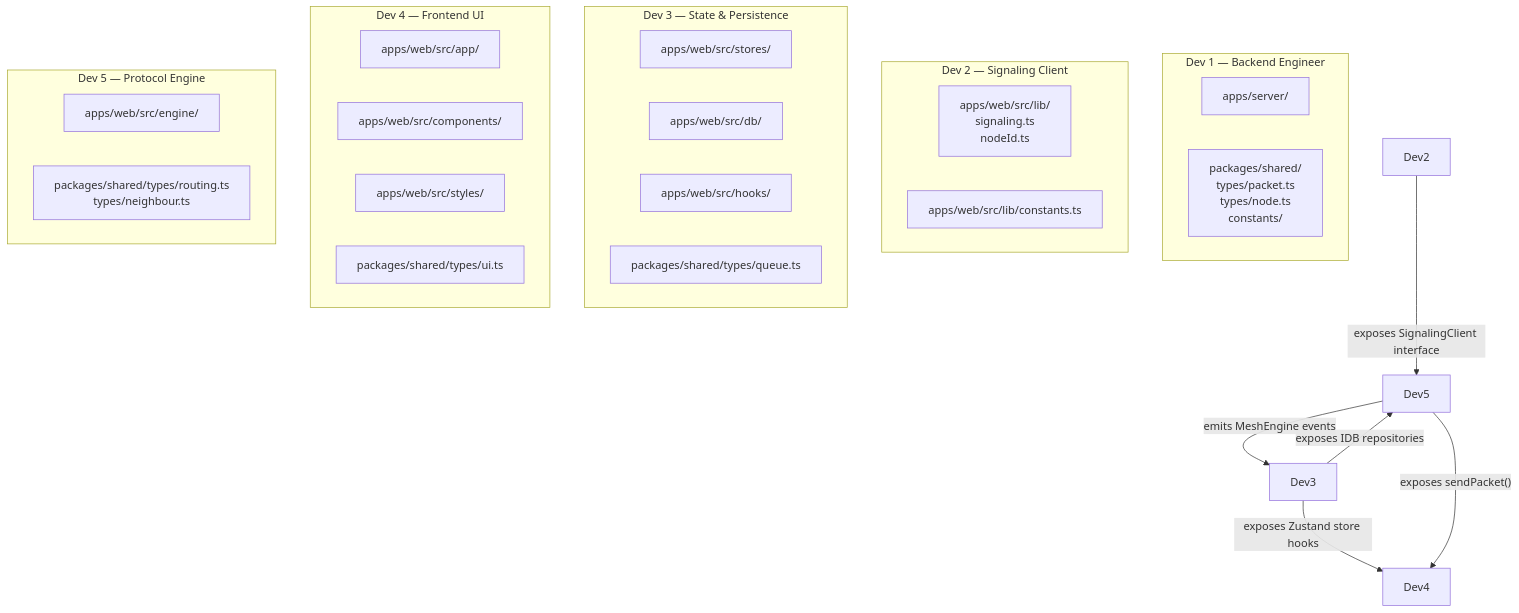
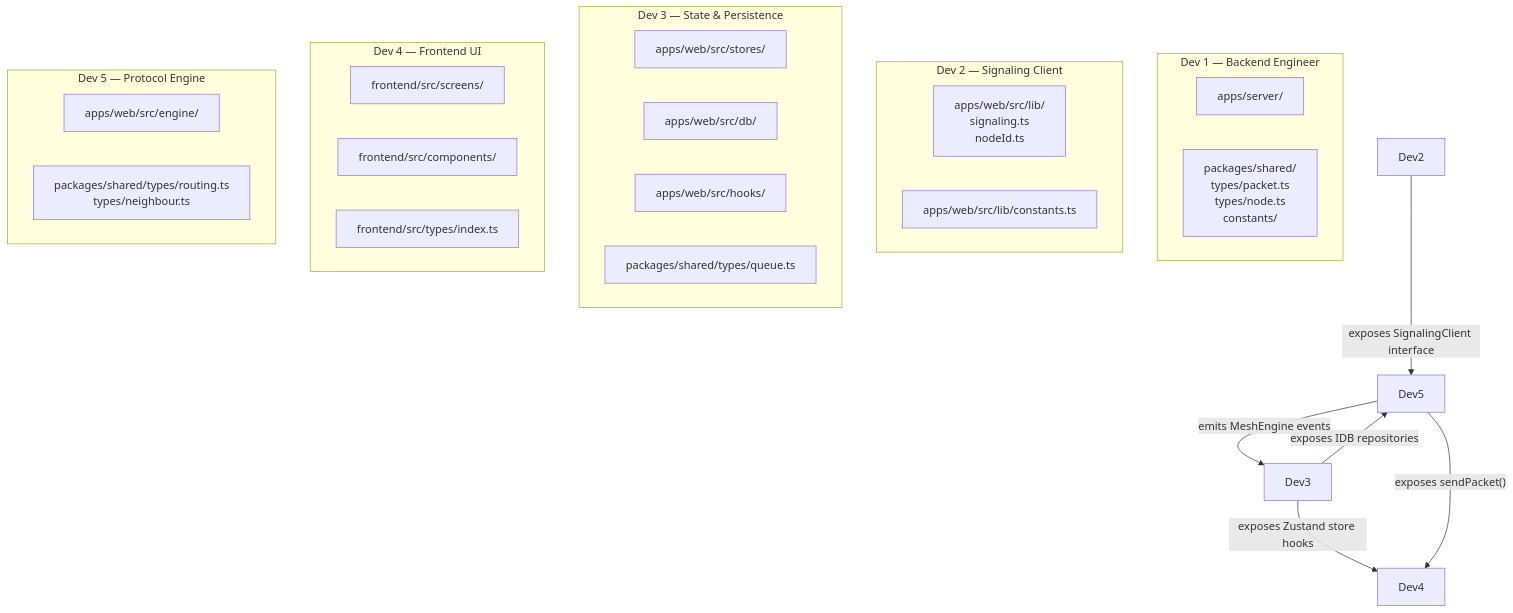
One commit to Nihit-Garg/phoenix changed the diagram in docs/TEAM_ASSIGNMENT.md. Above: the diagram before and after it, drawn with Mermaid. The commit also changed other lines of this file and 15 other files, not shown here.

````diff
--- a/docs/TEAM_ASSIGNMENT.md
+++ b/docs/TEAM_ASSIGNMENT.md
@@ -10,37 +10,36 @@
 ```mermaid
 graph TB
     subgraph "Dev 1 — Backend Engineer"
         SRV["apps/server/"]
         SHARED["packages/shared/\ntypes/packet.ts\ntypes/node.ts\nconstants/"]
     end
 
     subgraph "Dev 2 — Signaling Client"
         SIG_LIB["apps/web/src/lib/\nsignaling.ts\nnodeId.ts"]
         SETTINGS["apps/web/src/lib/constants.ts"]
     end
 
     subgraph "Dev 3 — State & Persistence"
         STORES["apps/web/src/stores/"]
         DB["apps/web/src/db/"]
         HOOKS["apps/web/src/hooks/"]
         SHARED_Q["packages/shared/types/queue.ts"]
     end
 
     subgraph "Dev 4 — Frontend UI"
-        PAGES["apps/web/src/app/"]
-        COMPS["apps/web/src/components/"]
-        STYLES["apps/web/src/styles/"]
-        SHARED_UI["packages/shared/types/ui.ts"]
+        SCREENS["frontend/src/screens/"]
+        COMPS["frontend/src/components/"]
+        TYPES_UI["frontend/src/types/index.ts"]
     end
 
     subgraph "Dev 5 — Protocol Engine"
         ENGINE["apps/web/src/engine/"]
         SHARED_RT["packages/shared/types/routing.ts\ntypes/neighbour.ts"]
     end
 
     Dev2 -->|"exposes SignalingClient interface"| Dev5
     Dev3 -->|"exposes IDB repositories"| Dev5
     Dev3 -->|"exposes Zustand store hooks"| Dev4
     Dev5 -->|"emits MeshEngine events"| Dev3
     Dev5 -->|"exposes sendPacket()"| Dev4
 ```
````
